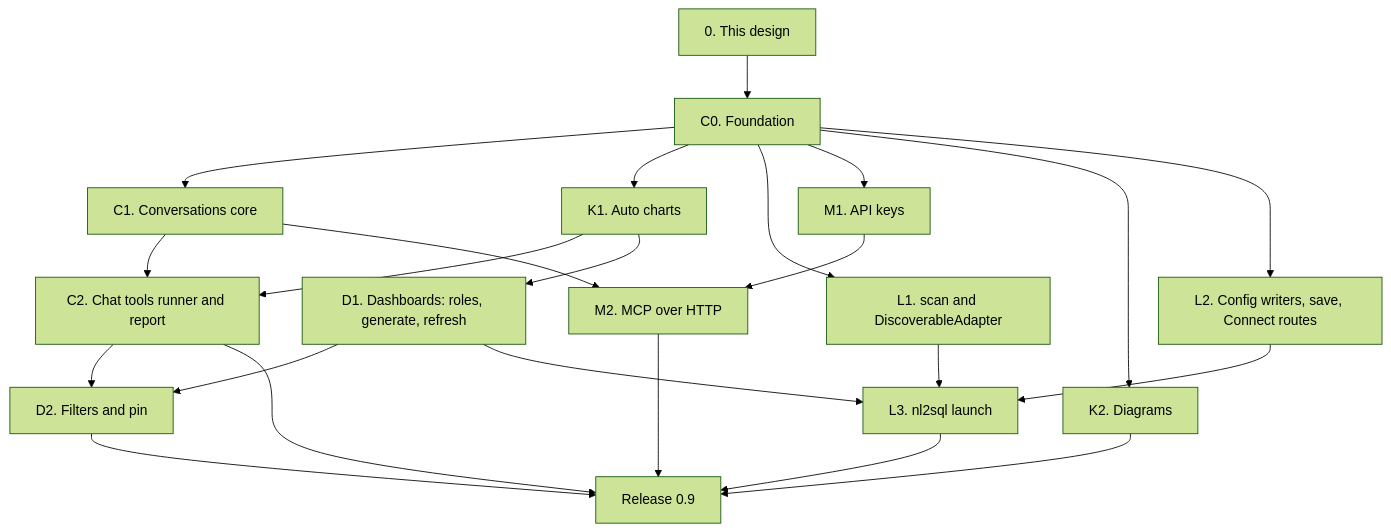
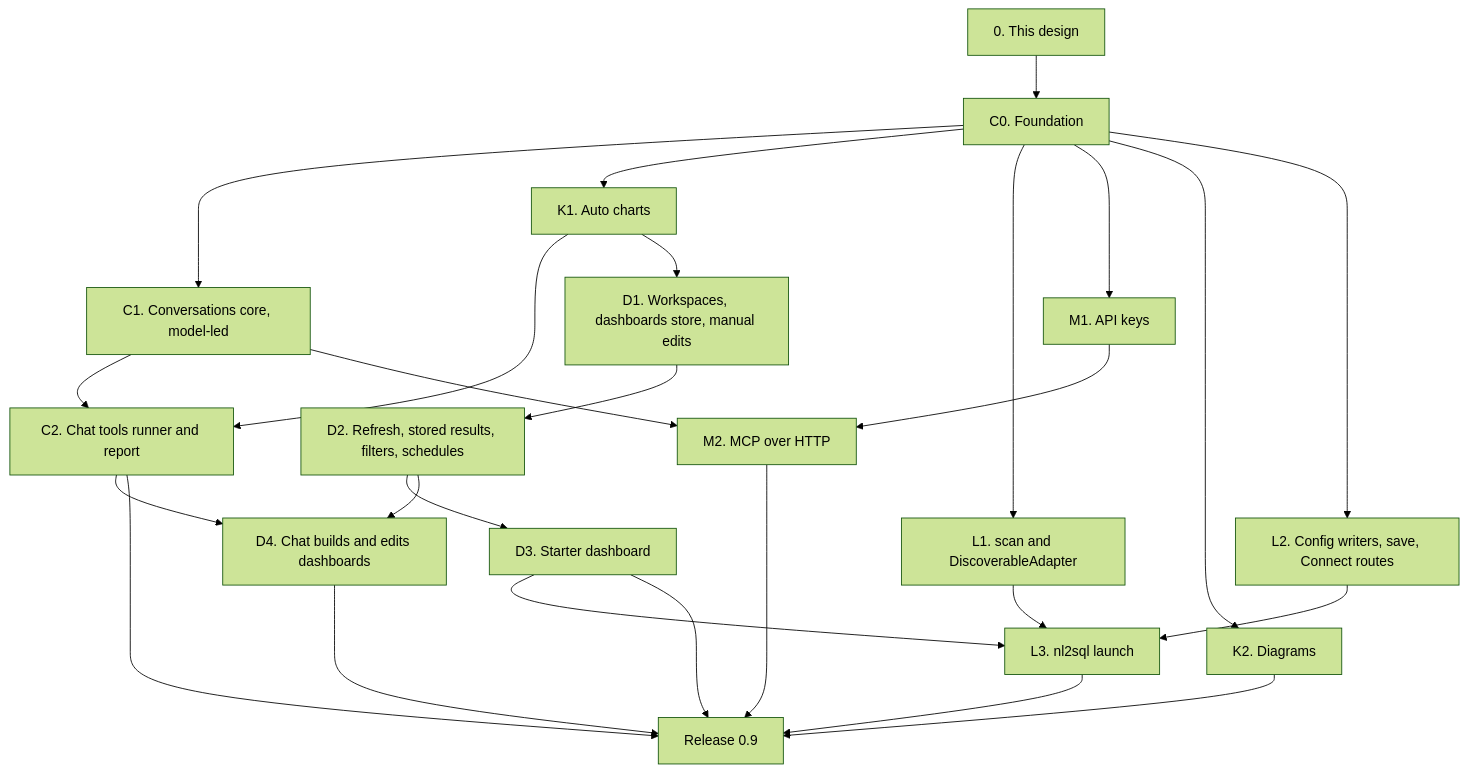
The fourth of 4 diagrams in docs/architecture/wave_c.md (nadeem4/nl2sql), drawn with Mermaid (forest theme) before and after one commit. The commit also changed other lines of this file and 1 other file, not shown here.

First line of the commit message:
docs(wave-c): model-led chat, dashboards pinned whole, workspaces, refresh (#352)

````diff
--- a/docs/architecture/wave_c.md
+++ b/docs/architecture/wave_c.md
@@ -1143,25 +1357,28 @@
 ```mermaid
 flowchart TD
   D["0. This design"] --> C0["C0. Foundation"]
-  C0 --> C1["C1. Conversations core"]
+  C0 --> C1["C1. Conversations core, model-led"]
   C0 --> K1["K1. Auto charts"]
   C0 --> L1["L1. scan and DiscoverableAdapter"]
   C0 --> M1["M1. API keys"]
   C1 --> C2["C2. Chat tools runner and report"]
   K1 --> C2
   C0 --> K2["K2. Diagrams"]
-  K1 --> D1["D1. Dashboards: roles, generate, refresh"]
+  K1 --> D1["D1. Workspaces, dashboards store, manual edits"]
+  D1 --> D2["D2. Refresh, stored results, filters, schedules"]
+  D2 --> D3["D3. Starter dashboard"]
+  D2 --> D4["D4. Chat builds and edits dashboards"]
+  C2 --> D4
   C0 --> L2["L2. Config writers, save, Connect routes"]
-  D1 --> D2["D2. Filters and pin"]
-  C2 --> D2
   L1 --> L3["L3. nl2sql launch"]
   L2 --> L3
-  D1 --> L3
+  D3 --> L3
   M1 --> M2["M2. MCP over HTTP"]
   C1 --> M2
   C2 --> REL["Release 0.9"]
   K2 --> REL
-  D2 --> REL
+  D4 --> REL
+  D3 --> REL
   L3 --> REL
   M2 --> REL
 ```
````
